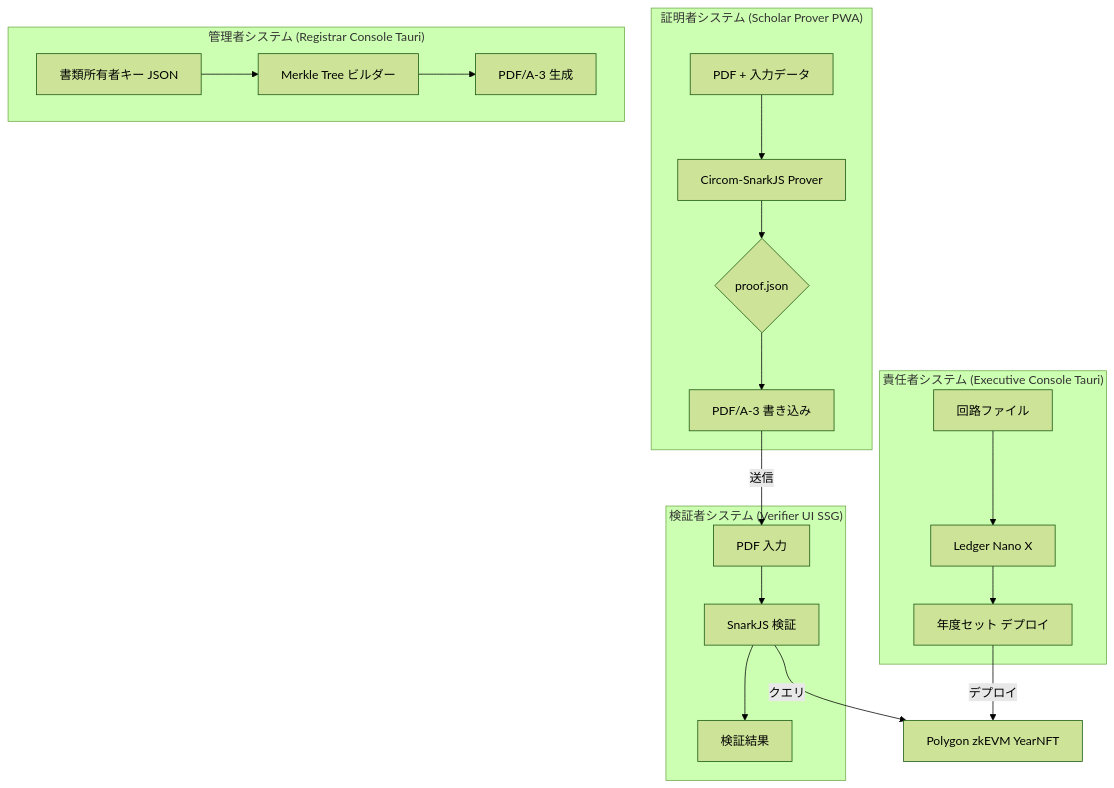
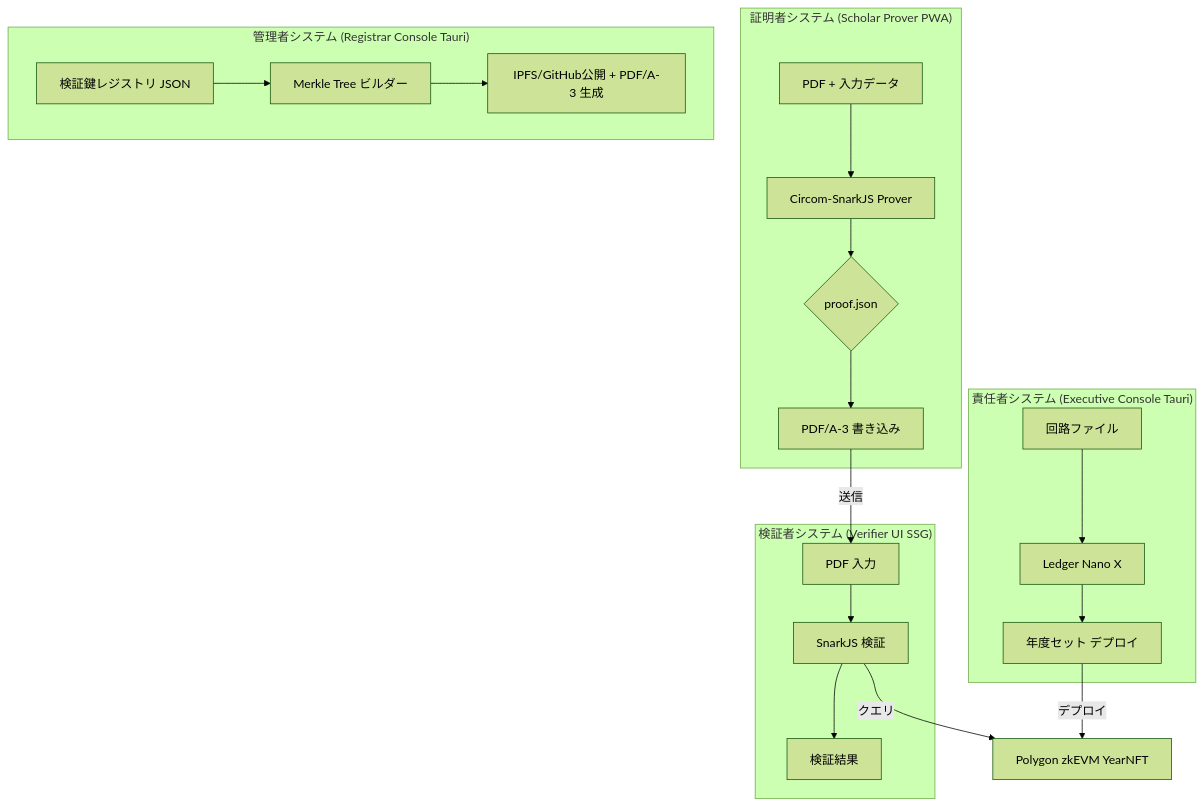
One commit to Blank-Vulture/Tri-CertFramework changed the first of 2 diagrams in documents/FSD_JP.md. Above: the diagram before and after it, drawn with Mermaid (forest theme). The commit also changed other lines of this file and 51 other files, not shown here.

````diff
--- a/documents/FSD_JP.md
+++ b/documents/FSD_JP.md
@@ -9,23 +9,23 @@
 ```mermaid
 graph TD
   subgraph "証明者システム (Scholar Prover PWA)"
     A[PDF + 入力データ] --> B[Circom-SnarkJS Prover]
     B --> C{proof.json}
     C --> D[PDF/A‑3 書き込み]
   end
   subgraph "責任者システム (Executive Console Tauri)"
     E[回路ファイル] --> F[Ledger Nano X]
     F --> G[年度セット デプロイ]
   end
   subgraph "管理者システム (Registrar Console Tauri)"
-    H[書類所有者キー JSON] --> I[Merkle Tree ビルダー]
-    I --> J[PDF/A-3 生成]
+    H[検証鍵レジストリ JSON] --> I[Merkle Tree ビルダー]
+    I --> J[IPFS/GitHub公開 + PDF/A-3 生成]
   end
   subgraph "検証者システム (Verifier UI SSG)"
     K[PDF 入力] --> L[SnarkJS 検証]
     L --> M[検証結果]
   end
   D -->|送信| K
   G -->|デプロイ| N[Polygon zkEVM YearNFT]
   L -->|クエリ| N
 ```
````
